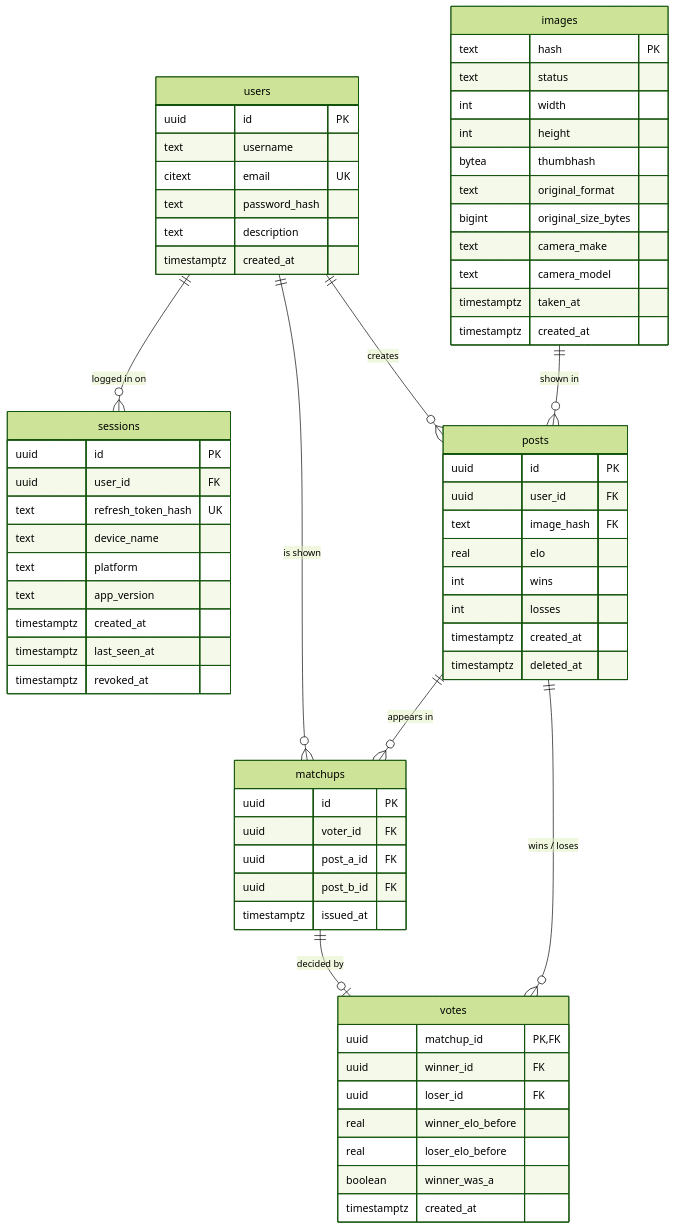
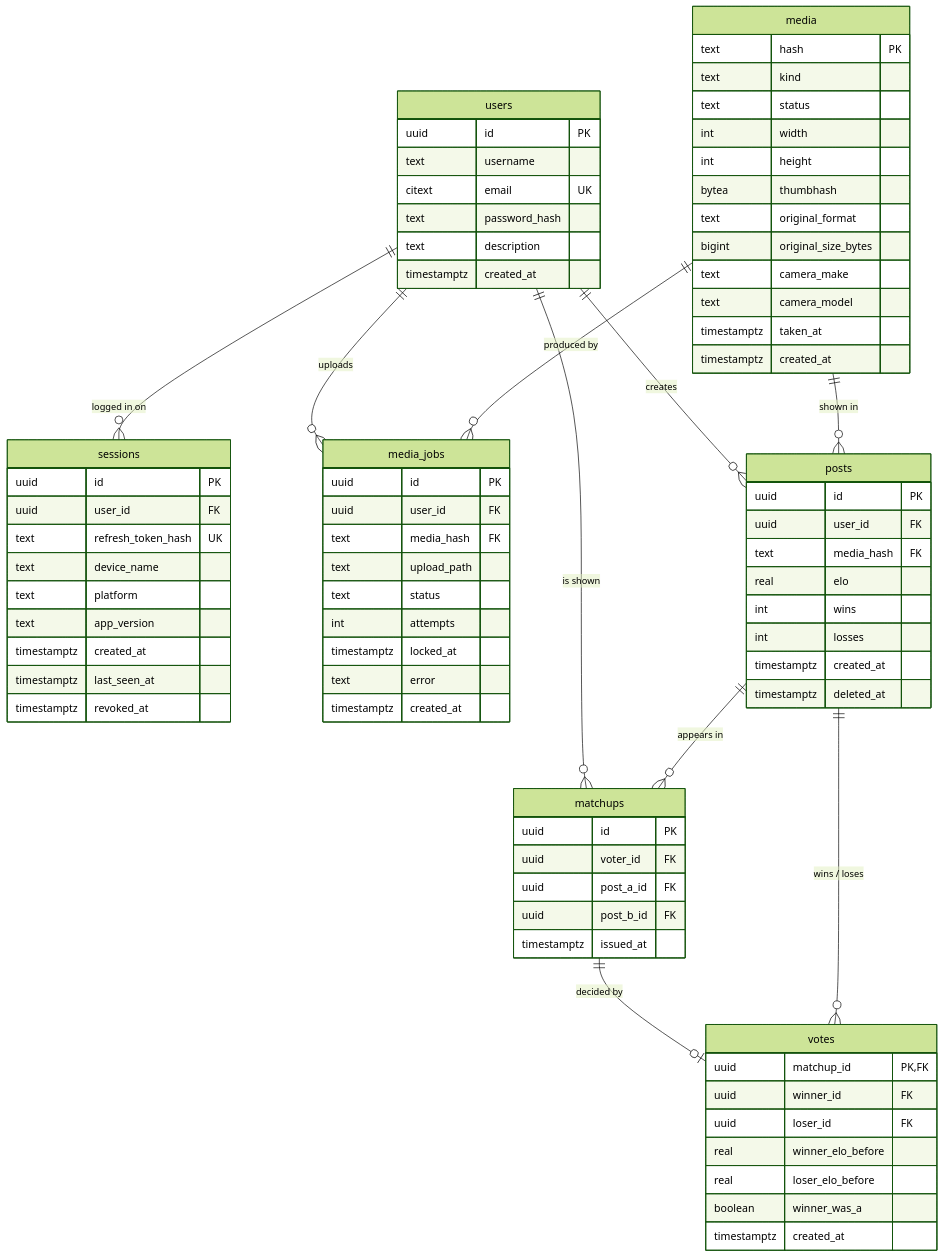
One commit to Aarhus-tech-project/2026q4-h5-projektstyring-og-app-programmering-group-2 changed the diagram in DatabaseDiagram.md. Above: the diagram before and after it, drawn with Mermaid (forest theme). The commit also changed 1 other file, not shown here.

Commit message:
newer service diagram

```diff
--- a/DatabaseDiagram.md
+++ b/DatabaseDiagram.md
@@ -19,8 +19,9 @@
         timestamptz last_seen_at
         timestamptz revoked_at
     }
-    images {
+    media {
         text hash PK
+        text kind
         text status
         int width
         int height
@@ -32,10 +33,21 @@
         timestamptz taken_at
         timestamptz created_at
     }
+    media_jobs {
+        uuid id PK
+        uuid user_id FK
+        text media_hash FK
+        text upload_path
+        text status
+        int attempts
+        timestamptz locked_at
+        text error
+        timestamptz created_at
+    }
     posts {
         uuid id PK
         uuid user_id FK
-        text image_hash FK
+        text media_hash FK
         real elo
         int wins
         int losses
@@ -61,7 +73,9 @@
 
     users ||--o{ sessions : "logged in on"
     users ||--o{ posts : creates
-    images ||--o{ posts : "shown in"
+    media ||--o{ posts : "shown in"
+    users ||--o{ media_jobs : uploads
+    media ||--o{ media_jobs : "produced by"
     users ||--o{ matchups : "is shown"
     posts ||--o{ matchups : "appears in"
     matchups ||--o| votes : "decided by"
```
